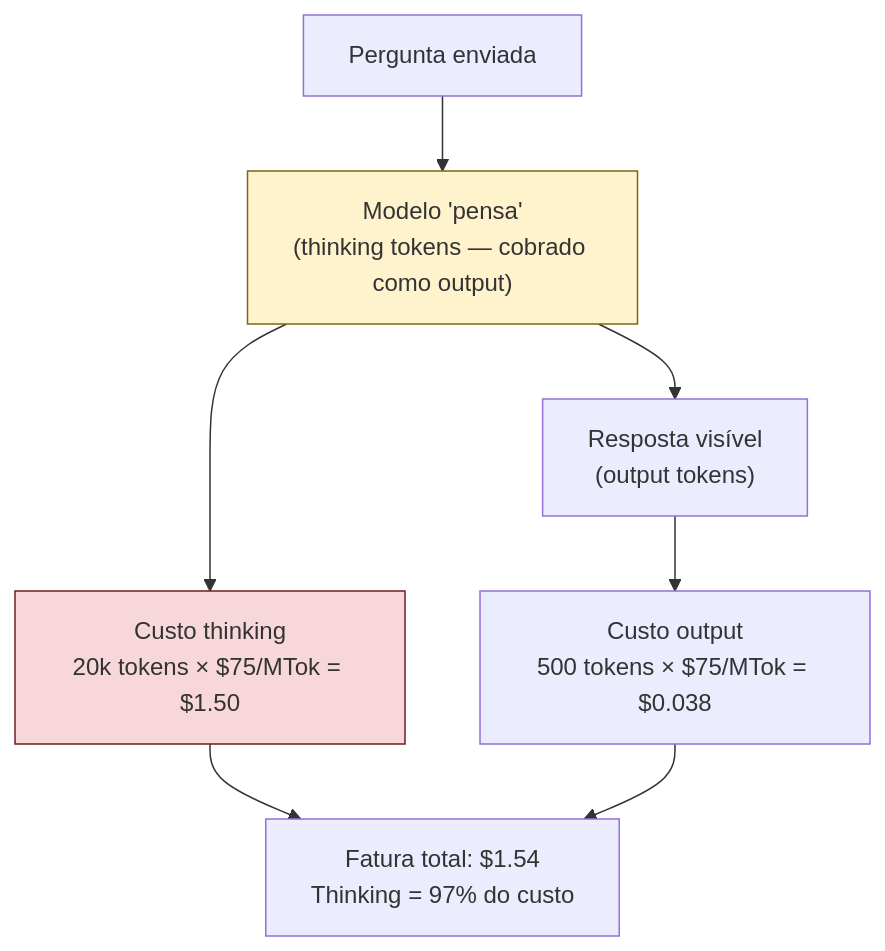
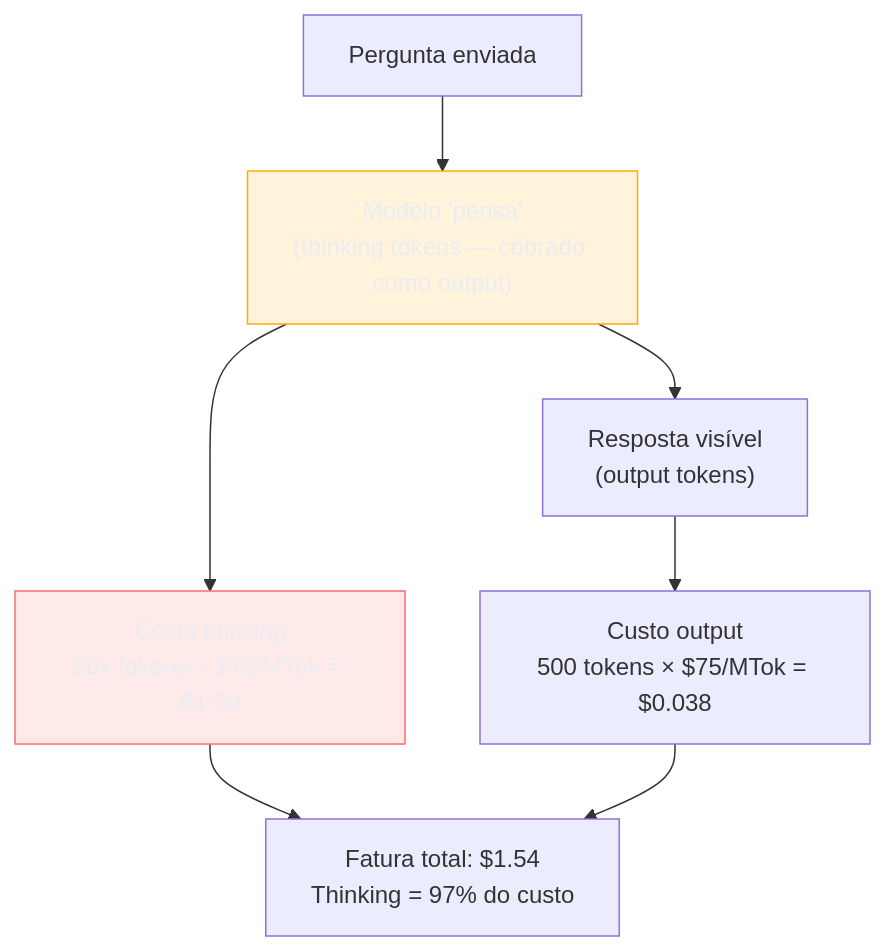
Before and after one commit to josenaldo/codex-technomanticus: the diagram in 03-Dominios/Tecnologia/IA/Economia de Tokens/14 - Thinking budget — controlar reasoning tokens.md, drawn with Mermaid. The commit also changed 1181 other files, not shown here.

First line of the commit message:
fix(diagramas): paleta do sistema no lugar de cor cravada no markdown

````diff
--- a/03-Dominios/Tecnologia/IA/Economia de Tokens/14 - Thinking budget — controlar reasoning tokens.md
+++ b/03-Dominios/Tecnologia/IA/Economia de Tokens/14 - Thinking budget — controlar reasoning tokens.md
@@ -56,14 +56,16 @@
 ```mermaid
 flowchart TD
+    classDef falha fill:#FF6B6B24,stroke:#FF6B6B,color:#E9ECF2
+    classDef destaque fill:#FFAA0024,stroke:#FFAA00,color:#E9ECF2
     A["Pergunta enviada"] --> B["Modelo 'pensa'\n(thinking tokens — cobrado como output)"]
     B --> C["Resposta visível\n(output tokens)"]
     
     B --> D["Custo thinking\n20k tokens × $75/MTok = $1.50"]
     C --> E["Custo output\n500 tokens × $75/MTok = $0.038"]
     
     D --> F["Fatura total: $1.54\nThinking = 97% do custo"]
     E --> F
 
-    style D fill:#f8d7da,stroke:#721c24
-    style B fill:#fff3cd,stroke:#856404
+    class D falha
+    class B destaque
 ```
````
